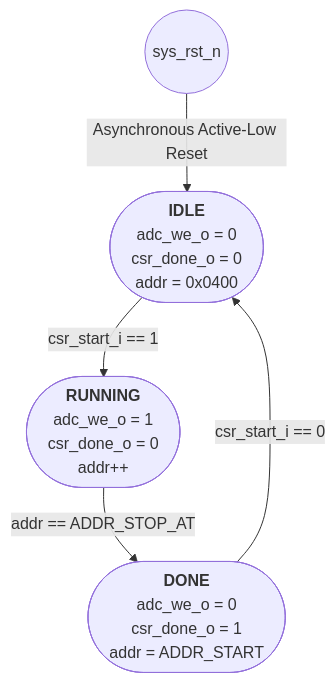
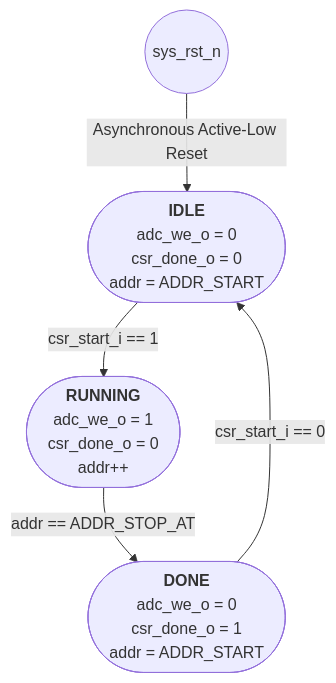
The diagram in 3.miniac/README.md (chili-chips-ba/uberClock), drawn with Mermaid before and after one commit.

````diff
--- a/3.miniac/README.md
+++ b/3.miniac/README.md
@@ -120,13 +120,13 @@
 ```mermaid 
 flowchart TD
     RESET((sys_rst_n)) -- Asynchronous Active-Low Reset --> IDLE
 
-    IDLE(["<b>IDLE</b><br/>adc_we_o = 0<br/>csr_done_o = 0<br/>addr = 0x0400"])
+    IDLE(["<b>IDLE</b><br/>adc_we_o = 0<br/>csr_done_o = 0<br/>addr = ADDR_START"])
     RUNNING(["<b>RUNNING</b><br/>adc_we_o = 1<br/>csr_done_o = 0<br/>addr++"])
     DONE(["<b>DONE</b><br/>adc_we_o = 0<br/>csr_done_o = 1<br/>addr = ADDR_START"])
 
     IDLE -- "csr_start_i == 1" --> RUNNING
     RUNNING -- "addr == ADDR_STOP_AT" --> DONE
     DONE -- "csr_start_i == 0" --> IDLE
     
 ```
````
